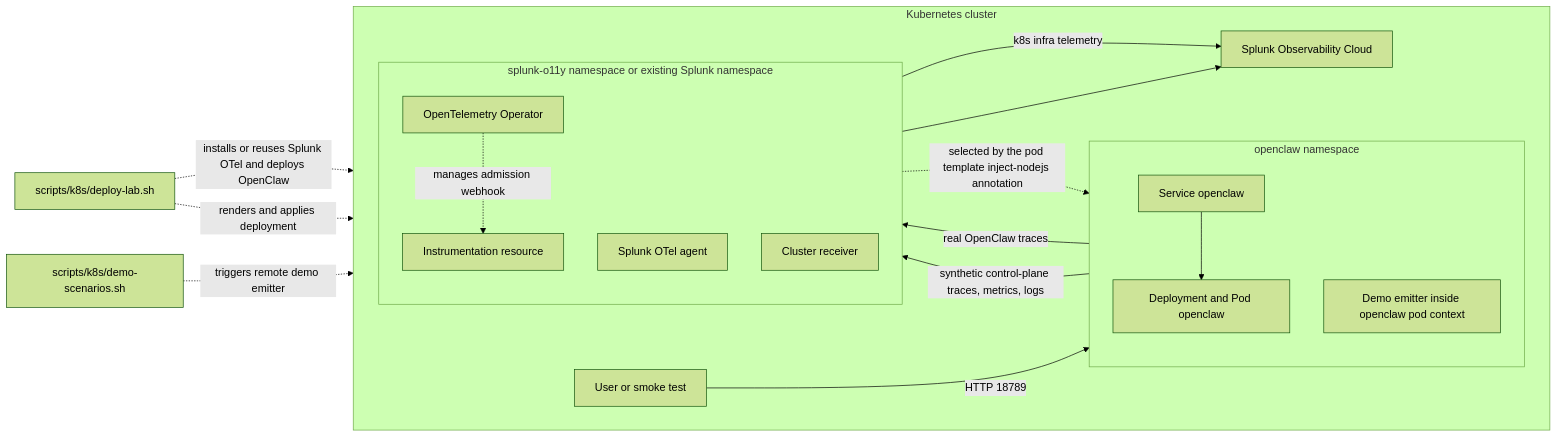
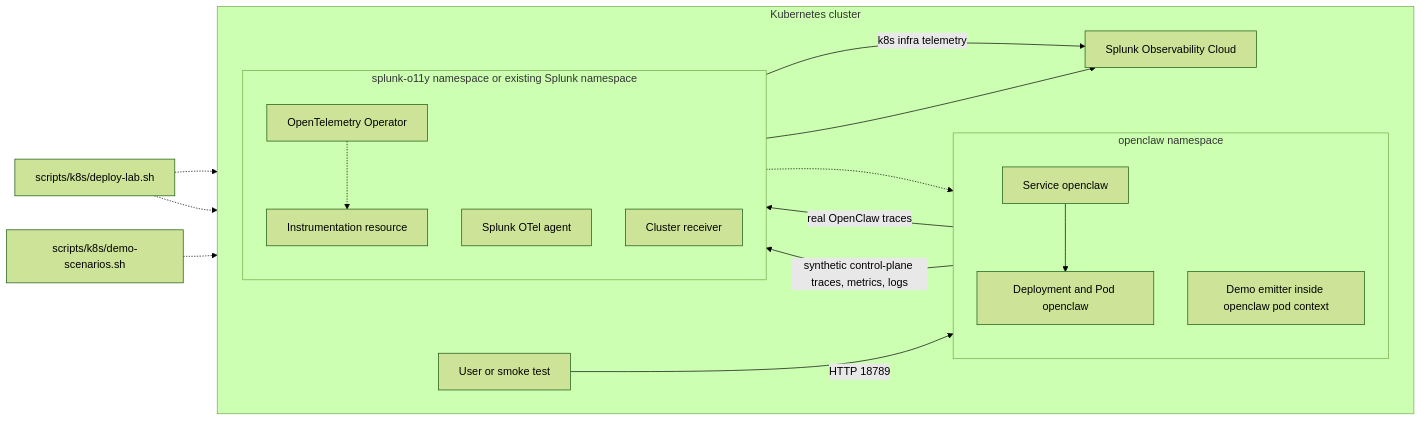
One commit to chambear2809/openclaw-o11y changed the second of 3 diagrams in docs/architecture.md. Above: the diagram before and after it, drawn with Mermaid (forest theme). The commit also changed other lines of this file, not shown here.

Commit message:
Fix Mermaid diagram syntax

````diff
--- a/docs/architecture.md
+++ b/docs/architecture.md
@@ -62,37 +65,38 @@
 ```mermaid
 flowchart LR
   User[User or smoke test]
   Splunk[Splunk Observability Cloud]
 
   subgraph Cluster["Kubernetes cluster"]
     direction LR
 
     subgraph OpenClawNS["openclaw namespace"]
       direction TB
       Svc[Service openclaw]
       Pod[Deployment and Pod openclaw]
       Demo[Demo emitter inside openclaw pod context]
     end
 
     subgraph SplunkNS["splunk-o11y namespace or existing Splunk namespace"]
       direction TB
       Operator[OpenTelemetry Operator]
       Instr[Instrumentation resource]
       Agent[Splunk OTel agent]
       ClusterReceiver[Cluster receiver]
     end
 
-    User -->|HTTP 18789| Svc --> Pod
-    Operator -. manages admission webhook .-> Instr
-    Instr -. selected by the pod template inject-nodejs annotation .-> Pod
+    User -->|HTTP 18789| Svc
+    Svc --> Pod
+    Operator -.-> Instr
+    Instr -.-> Pod
     Pod -->|real OpenClaw traces| Agent
     ClusterReceiver -->|k8s infra telemetry| Splunk
     Demo -->|synthetic control-plane traces, metrics, logs| Agent
   end
 
-  DeployLab[scripts/k8s/deploy-lab.sh] -. installs or reuses Splunk OTel and deploys OpenClaw .-> Operator
-  DeployLab -. renders and applies deployment .-> Pod
-  DemoScenarios[scripts/k8s/demo-scenarios.sh] -. triggers remote demo emitter .-> Demo
+  DeployLab[scripts/k8s/deploy-lab.sh] -.-> Operator
+  DeployLab -.-> Pod
+  DemoScenarios[scripts/k8s/demo-scenarios.sh] -.-> Demo
 
   Agent --> Splunk
 ```
````
